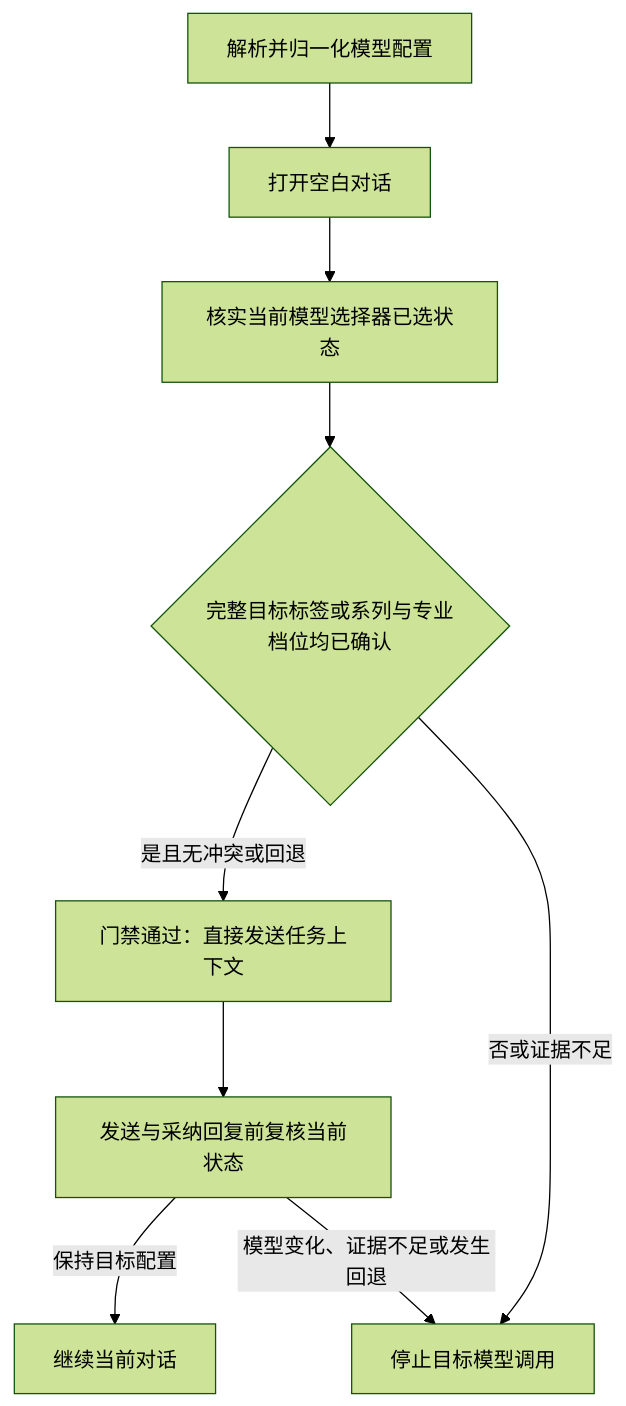
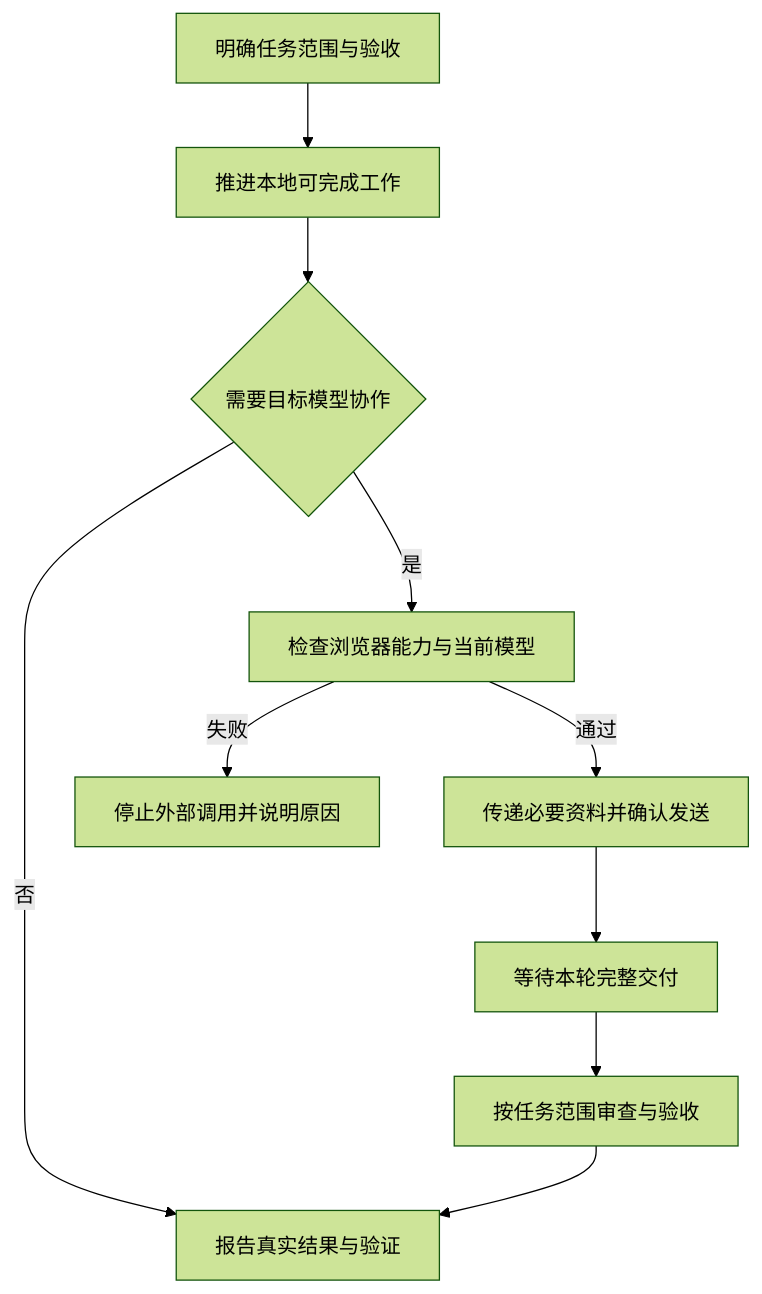
Before and after one commit to jay6697117/gpt-thinking-pro-collab-skill: the diagram in README.md, drawn with Mermaid (forest theme). The commit also changed other lines of this file and 39 other files, not shown here.

````diff
--- a/README.md
+++ b/README.md
@@ -128,11 +83,12 @@
 ```mermaid
 flowchart TD
-    CONFIG["解析并归一化模型配置"] --> CHAT["打开空白对话"]
-    CHAT --> SELECT["核实当前模型选择器已选状态"]
-    SELECT --> READY{"完整目标标签或系列与专业档位均已确认"}
-    READY -->|"是且无冲突或回退"| PASS["门禁通过：直接发送任务上下文"]
-    READY -->|"否或证据不足"| FAIL["停止目标模型调用"]
-    PASS --> WATCH["发送与采纳回复前复核当前状态"]
-    WATCH -->|"保持目标配置"| CONTINUE["继续当前对话"]
-    WATCH -->|"模型变化、证据不足或发生回退"| FAIL
+    TASK["明确任务范围与验收"] --> LOCAL["推进本地可完成工作"]
+    LOCAL --> NEED{"需要目标模型协作"}
+    NEED -->|"否"| REPORT["报告真实结果与验证"]
+    NEED -->|"是"| GATE["检查浏览器能力与当前模型"]
+    GATE -->|"通过"| CHAT["传递必要资料并确认发送"]
+    GATE -->|"失败"| BLOCK["停止外部调用并说明原因"]
+    CHAT --> WAIT["等待本轮完整交付"]
+    WAIT --> REVIEW["按任务范围审查与验收"]
+    REVIEW --> REPORT
 ```
````
